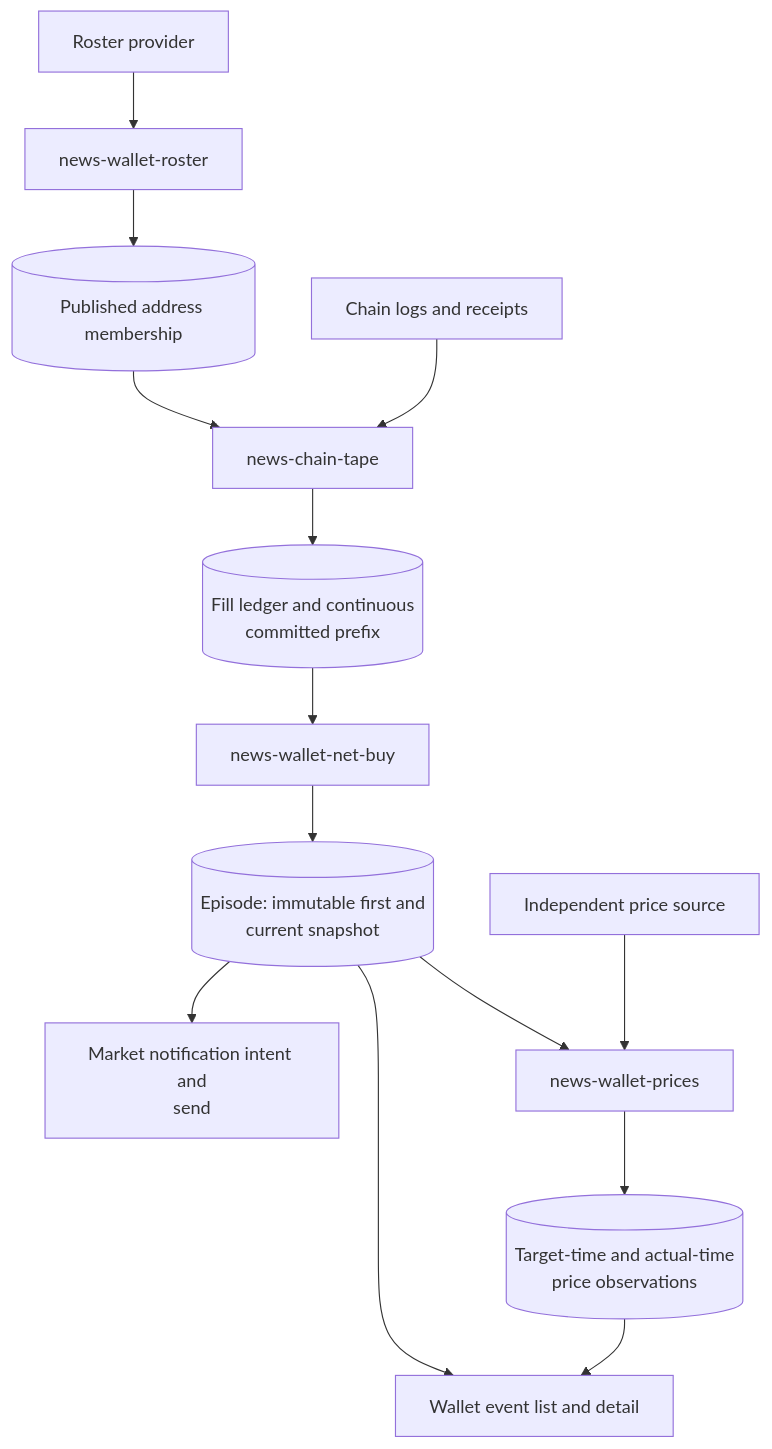
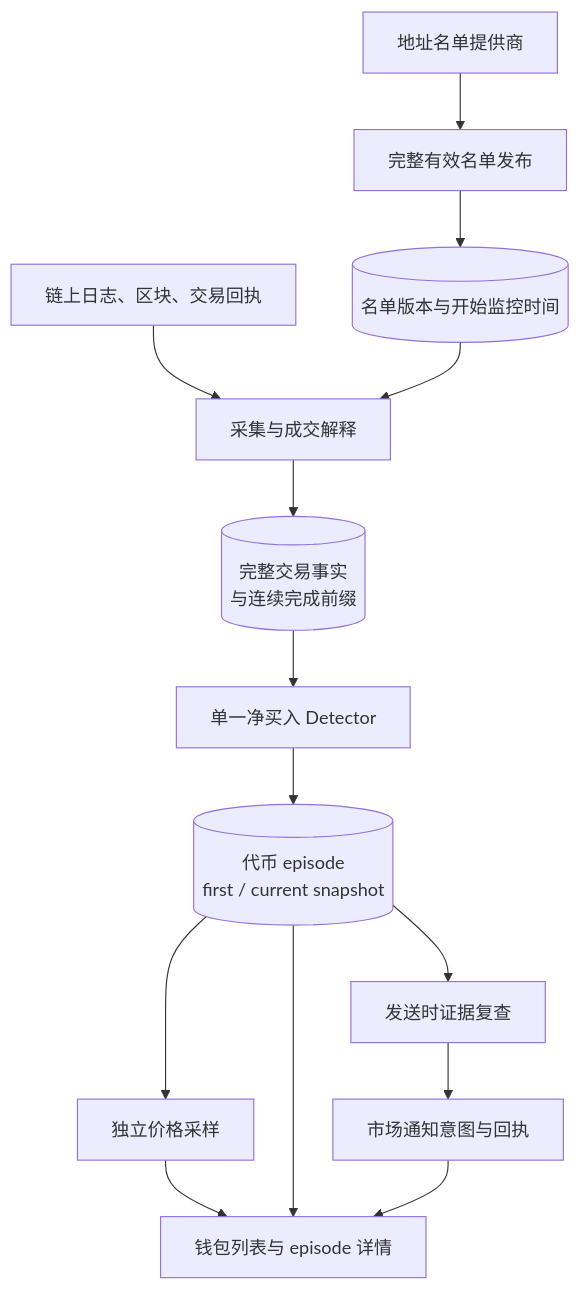
Before and after one commit to AnalyThothAI/tracefold: the first of 2 diagrams in docs/modules/wallets.md, drawn with Mermaid. The commit also changed other lines of this file and 28 other files, not shown here.

Commit message:
docs: rebuild the Chinese architecture and module handbook

````diff
--- a/docs/modules/wallets.md
+++ b/docs/modules/wallets.md
@@ -13,16 +18,16 @@
 ```mermaid
 flowchart TB
-    Site["Roster provider"] --> Roster["news-wallet-roster"]
-    Roster --> Membership[("Published address membership")]
-    Membership --> Tape["news-chain-tape"]
-    RPC["Chain logs and receipts"] --> Tape
-    Tape --> Ledger[("Fill ledger and continuous<br/>committed prefix")]
-    Ledger --> Detector["news-wallet-net-buy"]
-    Detector --> Episode[("Episode: immutable first and<br/>current snapshot")]
-    Episode --> Notify["Market notification intent and<br/>send"]
-    Episode --> Prices["news-wallet-prices"]
-    PriceProvider["Independent price source"] --> Prices
-    Prices --> Samples[("Target-time and actual-time<br/>price observations")]
-    Episode --> Console["Wallet event list and detail"]
-    Samples --> Console
+    RosterProvider["地址名单提供商"] --> Roster["完整有效名单发布"]
+    Roster --> RosterDB[("名单版本与开始监控时间")]
+    RPC["链上日志、区块、交易回执"] --> Tape["采集与成交解释"]
+    RosterDB --> Tape
+    Tape --> Prefix[("完整交易事实<br/>与连续完成前缀")]
+    Prefix --> Detector["单一净买入 Detector"]
+    Detector --> Episode[("代币 episode<br/>first / current snapshot")]
+    Episode --> Check["发送时证据复查"]
+    Check --> Notify["市场通知意图与回执"]
+    Episode --> Prices["独立价格采样"]
+    Prices --> UI["钱包列表与 episode 详情"]
+    Episode --> UI
+    Notify --> UI
 ```
````
